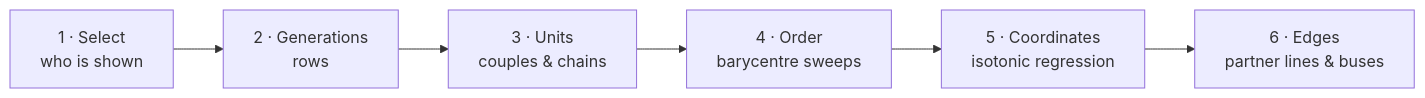
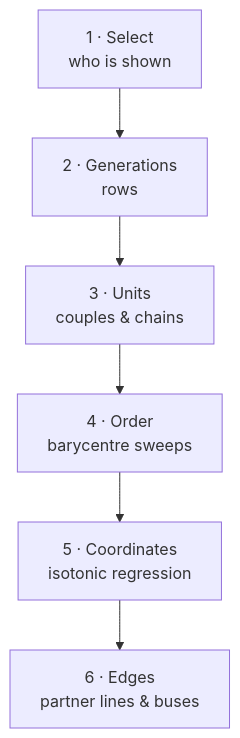
One commit to K-u-r-c/family-insight changed the diagram in docs/developer/layout.md. Above: the diagram before and after it, drawn with Mermaid. The commit also changed 15 other files, not shown here.

````diff
--- a/docs/developer/layout.md
+++ b/docs/developer/layout.md
@@ -20,8 +20,8 @@
 ```mermaid
-flowchart LR
+flowchart TB
   A["1 · Select<br/>who is shown"] --> B["2 · Generations<br/>rows"]
   B --> C["3 · Units<br/>couples & chains"]
   C --> D["4 · Order<br/>barycentre sweeps"]
   D --> E["5 · Coordinates<br/>isotonic regression"]
   E --> F["6 · Edges<br/>partner lines & buses"]
 ```
````
